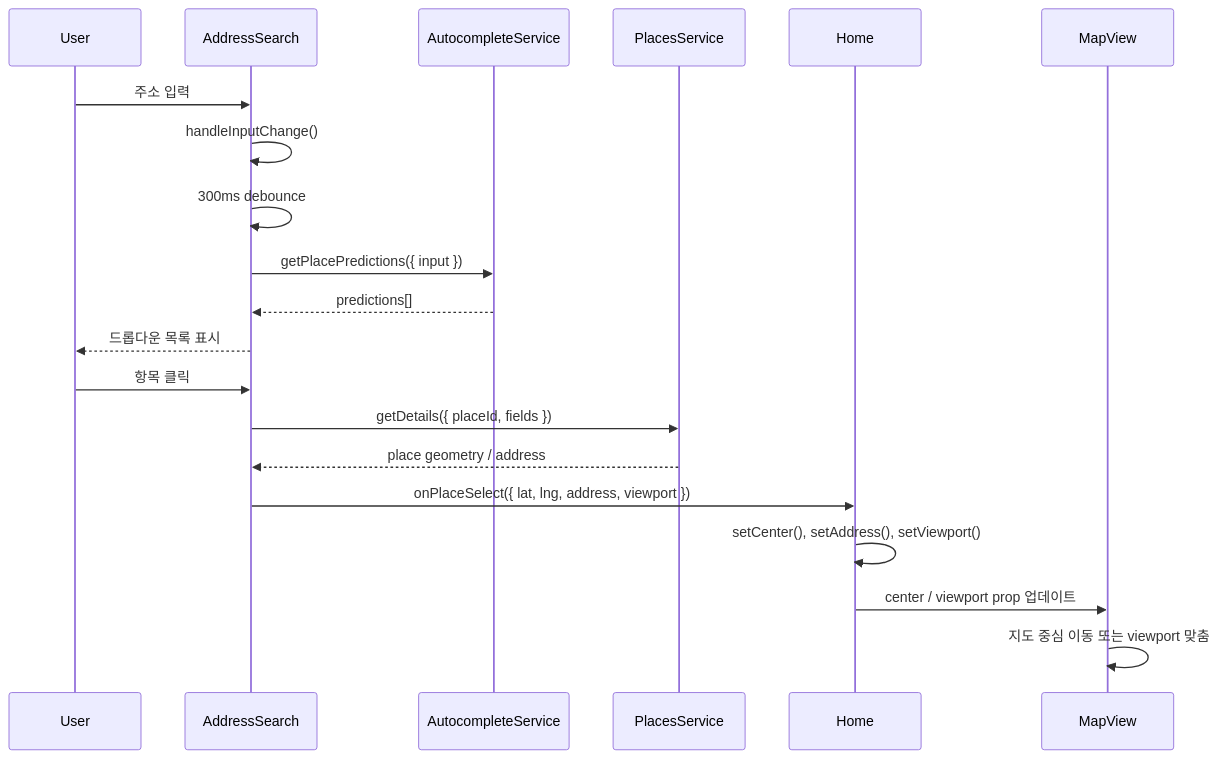
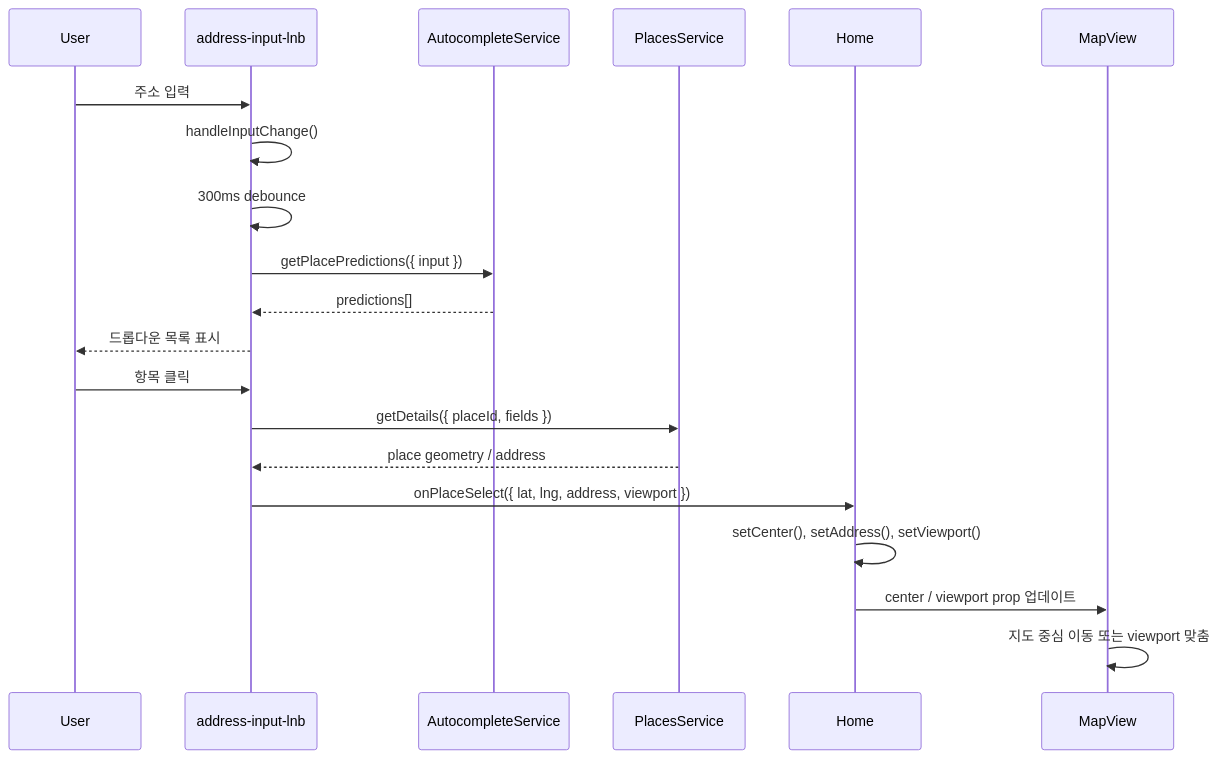
The second of 7 diagrams in docs/sequence-diagrams.md (nalpari/solar-pv-system), drawn with Mermaid before and after one commit. The commit also changed other lines of this file and 5 other files, not shown here.

````diff
--- a/docs/sequence-diagrams.md
+++ b/docs/sequence-diagrams.md
@@ -27,23 +27,23 @@
 ```mermaid
 sequenceDiagram
     participant U as User
-    participant AS as AddressSearch
+    participant AS as address-input-lnb
     participant AC as AutocompleteService
     participant PS as PlacesService
     participant H as Home
     participant M as MapView
 
     U->>AS: 주소 입력
     AS->>AS: handleInputChange()
     AS->>AS: 300ms debounce
     AS->>AC: getPlacePredictions({ input })
     AC-->>AS: predictions[]
     AS-->>U: 드롭다운 목록 표시
     U->>AS: 항목 클릭
     AS->>PS: getDetails({ placeId, fields })
     PS-->>AS: place geometry / address
     AS->>H: onPlaceSelect({ lat, lng, address, viewport })
     H->>H: setCenter(), setAddress(), setViewport()
     H->>M: center / viewport prop 업데이트
     M->>M: 지도 중심 이동 또는 viewport 맞춤
 ```
````
